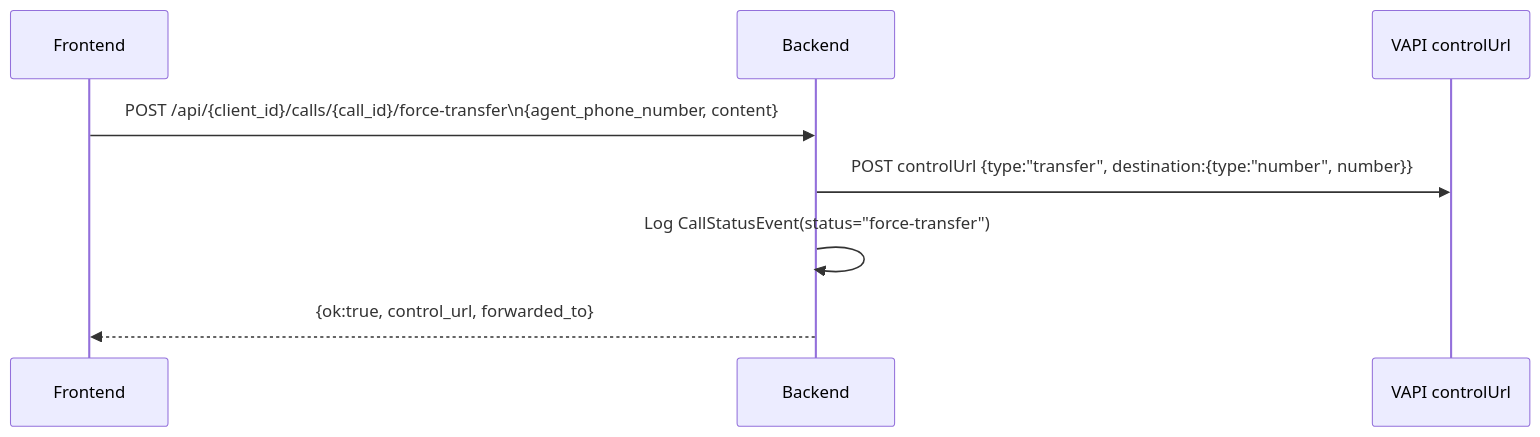
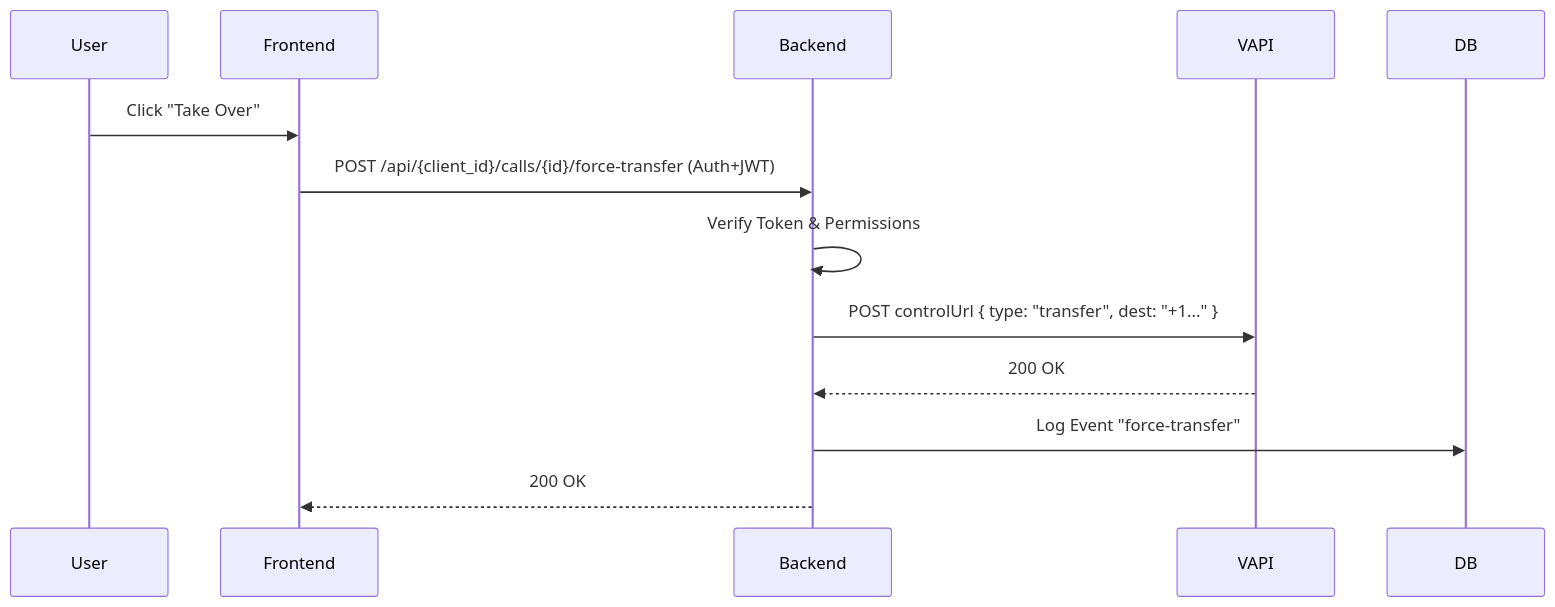
The sixth of 6 diagrams in readme.md (ronaks2309/fe-inbound-panel), drawn with Mermaid before and after one commit. The commit also changed other lines of this file and 3 other files, not shown here.

````diff
--- a/readme.md
+++ b/readme.md
@@ -278,11 +314,15 @@
 ```mermaid
 sequenceDiagram
-  participant F as Frontend
-  participant B as Backend
-  participant V as VAPI controlUrl
+    participant User
+    participant FE as Frontend
+    participant BE as Backend
+    participant V as VAPI
 
-  F->>B: POST /api/{client_id}/calls/{call_id}/force-transfer\n{agent_phone_number, content}
-  B->>V: POST controlUrl {type:"transfer", destination:{type:"number", number}}
-  B->>B: Log CallStatusEvent(status="force-transfer")
-  B-->>F: {ok:true, control_url, forwarded_to}
+    User->>FE: Click "Take Over"
+    FE->>BE: POST /api/{client_id}/calls/{id}/force-transfer (Auth+JWT)
+    BE->>BE: Verify Token & Permissions
+    BE->>V: POST controlUrl { type: "transfer", dest: "+1..." }
+    V-->>BE: 200 OK
+    BE->>DB: Log Event "force-transfer"
+    BE-->>FE: 200 OK
 ```
````
